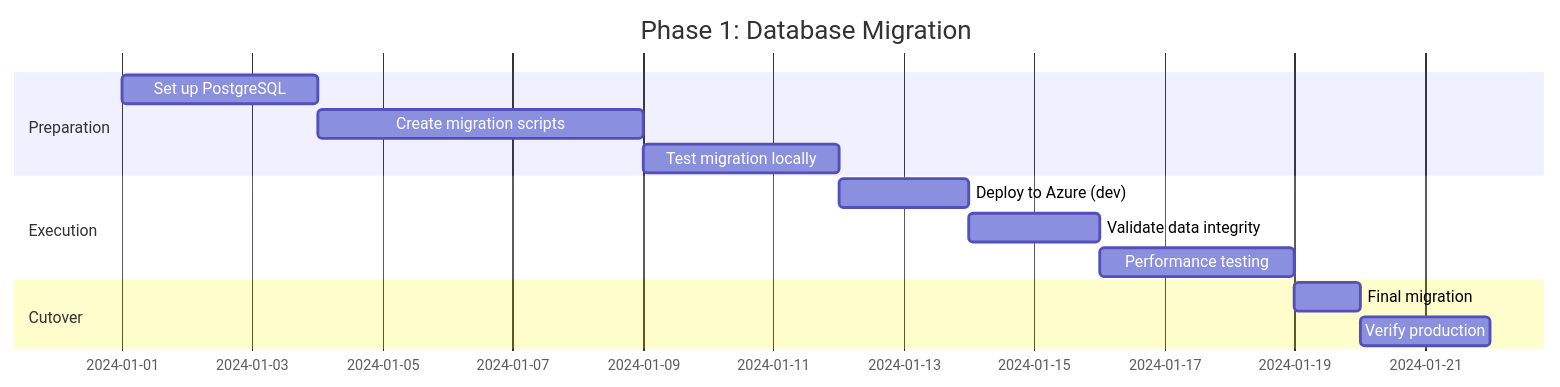
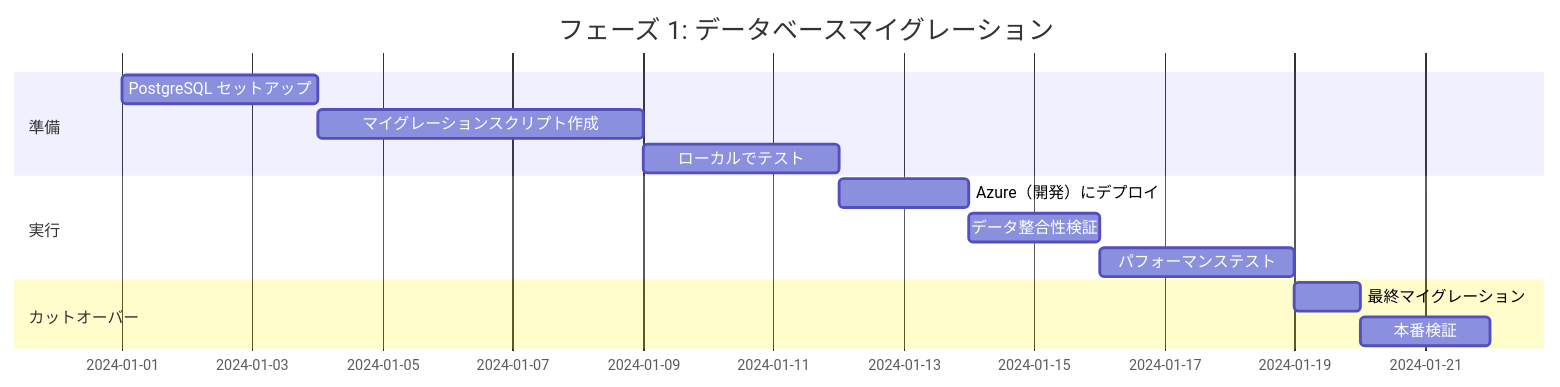
Diagram 13 of 16 in docs/azure_host_design.md (hampen2929/zloth), drawn with Mermaid before and after one commit. The commit also changed other lines of this file, not shown here.

````diff
--- a/docs/azure_host_design.md
+++ b/docs/azure_host_design.md
@@ -638,16 +973,16 @@
 ```mermaid
 gantt
-    title Phase 1: Database Migration
+    title フェーズ 1: データベースマイグレーション
     dateFormat  YYYY-MM-DD
-    section Preparation
-    Set up PostgreSQL           :p1, 2024-01-01, 3d
-    Create migration scripts    :p2, after p1, 5d
-    Test migration locally      :p3, after p2, 3d
-    section Execution
-    Deploy to Azure (dev)       :e1, after p3, 2d
-    Validate data integrity     :e2, after e1, 2d
-    Performance testing         :e3, after e2, 3d
-    section Cutover
-    Final migration             :c1, after e3, 1d
-    Verify production           :c2, after c1, 2d
+    section 準備
+    PostgreSQL セットアップ        :p1, 2024-01-01, 3d
+    マイグレーションスクリプト作成  :p2, after p1, 5d
+    ローカルでテスト               :p3, after p2, 3d
+    section 実行
+    Azure（開発）にデプロイ        :e1, after p3, 2d
+    データ整合性検証              :e2, after e1, 2d
+    パフォーマンステスト           :e3, after e2, 3d
+    section カットオーバー
+    最終マイグレーション           :c1, after e3, 1d
+    本番検証                      :c2, after c1, 2d
 ```
````
